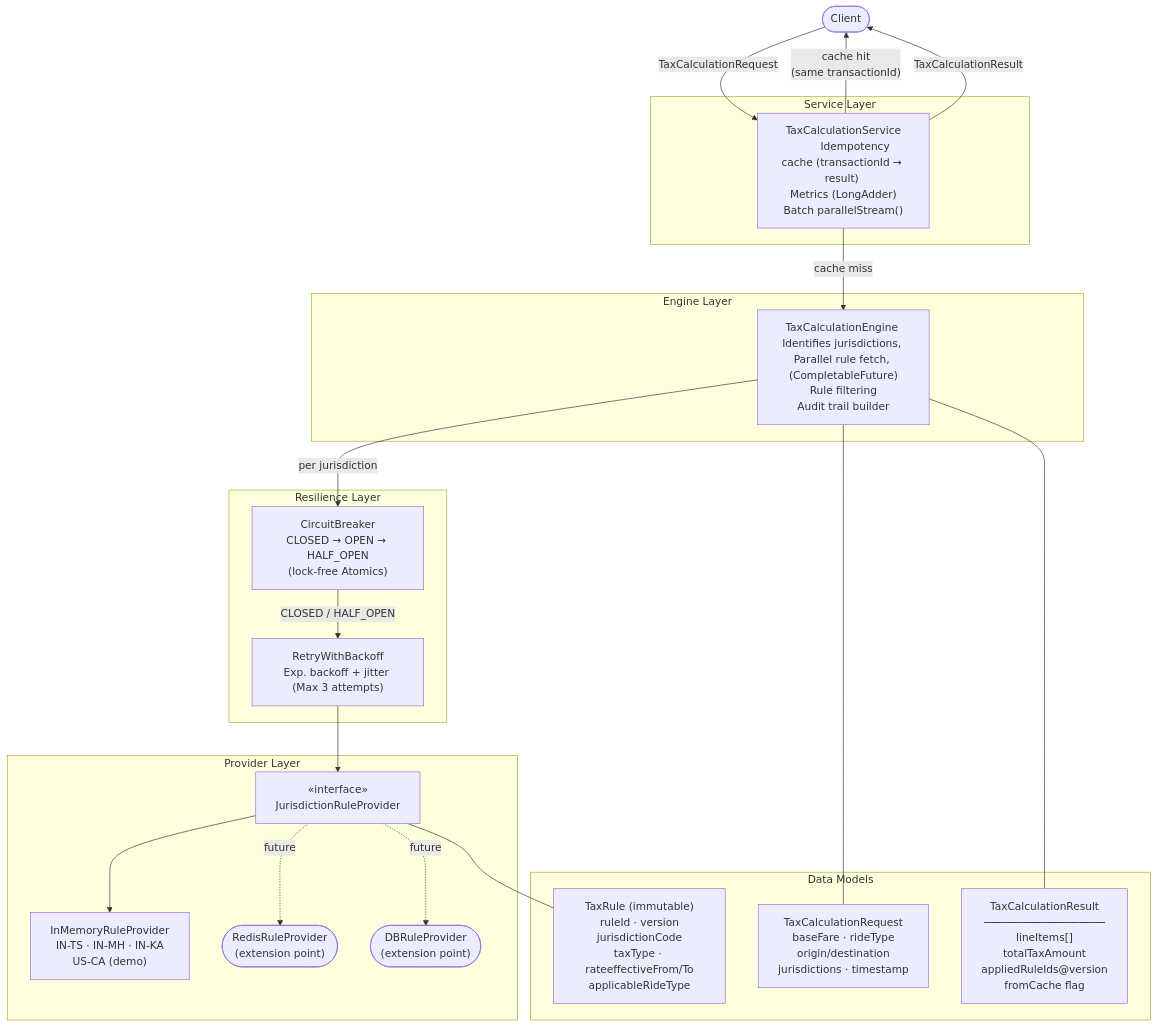
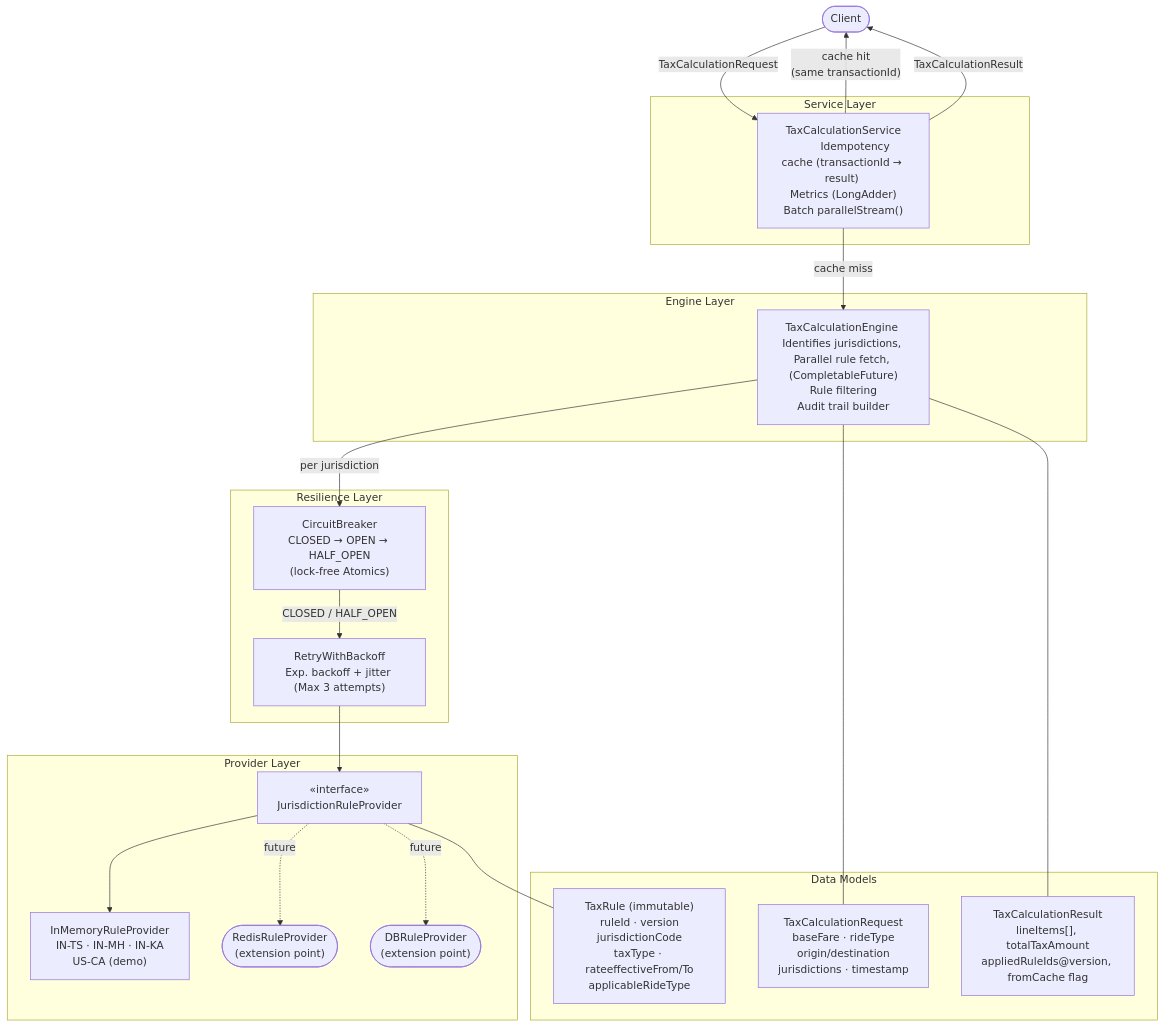
Before and after one commit to JaspreetRFSingh/geo-tax: the first of 3 diagrams in HIGH_LEVEL_DESIGN.md, drawn with Mermaid.

Commit message:
modified design diagram

````diff
--- a/HIGH_LEVEL_DESIGN.md
+++ b/HIGH_LEVEL_DESIGN.md
@@ -17,48 +17,48 @@
 ```mermaid
 flowchart TD
     Client(["Client"])
 
     subgraph Service Layer
         SVC["TaxCalculationService
         Idempotency cache (transactionId → result) \n Metrics (LongAdder) \nBatch parallelStream()"]
     end
 
     subgraph Engine Layer
         ENG["TaxCalculationEngine \nIdentifies jurisdictions, Parallel rule fetch, (CompletableFuture)\nRule filtering\nAudit trail builder"]
     end
 
     subgraph Resilience Layer
         CB["CircuitBreaker\nCLOSED → OPEN → HALF_OPEN\n(lock-free Atomics)"]
         RB["RetryWithBackoff\nExp. backoff + jitter (Max 3 attempts)"]
     end
 
     subgraph Provider Layer
         IFACE["«interface»\nJurisdictionRuleProvider\n"]
         INMEM["InMemoryRuleProvider\nIN-TS · IN-MH · IN-KA\nUS-CA (demo)"]
         REDIS(["RedisRuleProvider\n(extension point)"])
         DB(["DBRuleProvider\n(extension point)"])
     end
 
     subgraph Data Models
         REQ["TaxCalculationRequest\nbaseFare · rideType\norigin/destination\njurisdictions · timestamp"]
         RULE["TaxRule (immutable)\nruleId · version\njurisdictionCode\ntaxType · rateeffectiveFrom/To\napplicableRideType"]
-        RES["TaxCalculationResult\n───────────────────\nlineItems[]\ntotalTaxAmount\nappliedRuleIds@version\nfromCache flag"]
+        RES["TaxCalculationResult\nlineItems[], totalTaxAmount\nappliedRuleIds@version, fromCache flag"]
     end
 
     Client -->|"TaxCalculationRequest"| SVC
     SVC -->|"cache miss"| ENG
     SVC -->|"cache hit\n(same transactionId)"| Client
 
     ENG -->|"per jurisdiction"| CB
     CB -->|"CLOSED / HALF_OPEN"| RB
     RB --> IFACE
     IFACE --> INMEM
     IFACE -.->|future| REDIS
     IFACE -.->|future| DB
 
     ENG --- REQ
     IFACE --- RULE
     ENG --- RES
 
     SVC -->|"TaxCalculationResult"| Client
 ```
````
